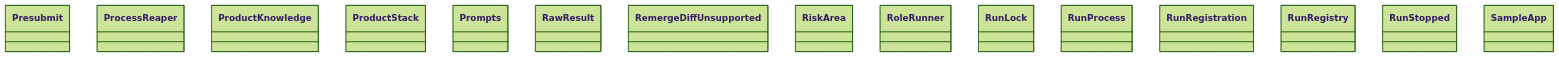
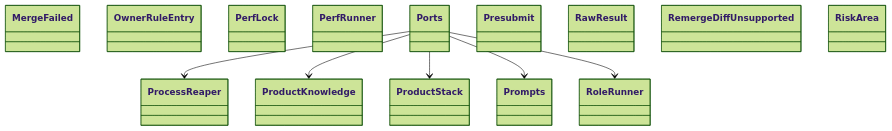
One commit to GonzaloZevallos/agentic-system changed the diagram in docs/architecture/generated/classes-process-application-support-4.md. Above: the diagram before and after it, drawn with Mermaid (forest theme). The commit also changed other lines of this file and 26 other files, not shown here.

````diff
--- a/docs/architecture/generated/classes-process-application-support-4.md
+++ b/docs/architecture/generated/classes-process-application-support-4.md
@@ -18,18 +19,22 @@
 ```mermaid
 classDiagram
+    class ports__MergeFailed["MergeFailed"]
+    class ports__OwnerRuleEntry["OwnerRuleEntry"]
+    class ports__PerfLock["PerfLock"]
+    class ports__PerfRunner["PerfRunner"]
+    class ports__Ports["Ports"]
     class ports__Presubmit["Presubmit"]
     class ports__ProcessReaper["ProcessReaper"]
     class ports__ProductKnowledge["ProductKnowledge"]
     class ports__ProductStack["ProductStack"]
     class ports__Prompts["Prompts"]
     class ports__RawResult["RawResult"]
     class ports__RemergeDiffUnsupported["RemergeDiffUnsupported"]
     class ports__RiskArea["RiskArea"]
     class ports__RoleRunner["RoleRunner"]
-    class ports__RunLock["RunLock"]
-    class ports__RunProcess["RunProcess"]
-    class ports__RunRegistration["RunRegistration"]
-    class ports__RunRegistry["RunRegistry"]
-    class ports__RunStopped["RunStopped"]
-    class ports__SampleApp["SampleApp"]
+    ports__Ports --> ports__ProcessReaper
+    ports__Ports --> ports__ProductKnowledge
+    ports__Ports --> ports__ProductStack
+    ports__Ports --> ports__Prompts
+    ports__Ports --> ports__RoleRunner
 ```
````
